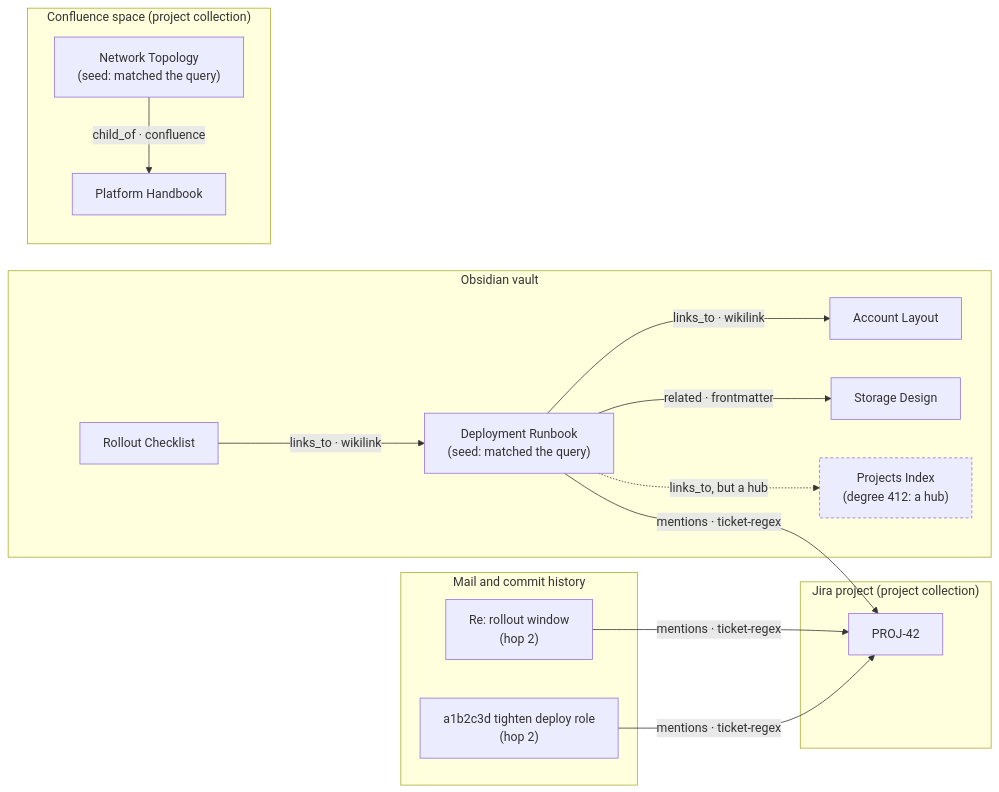
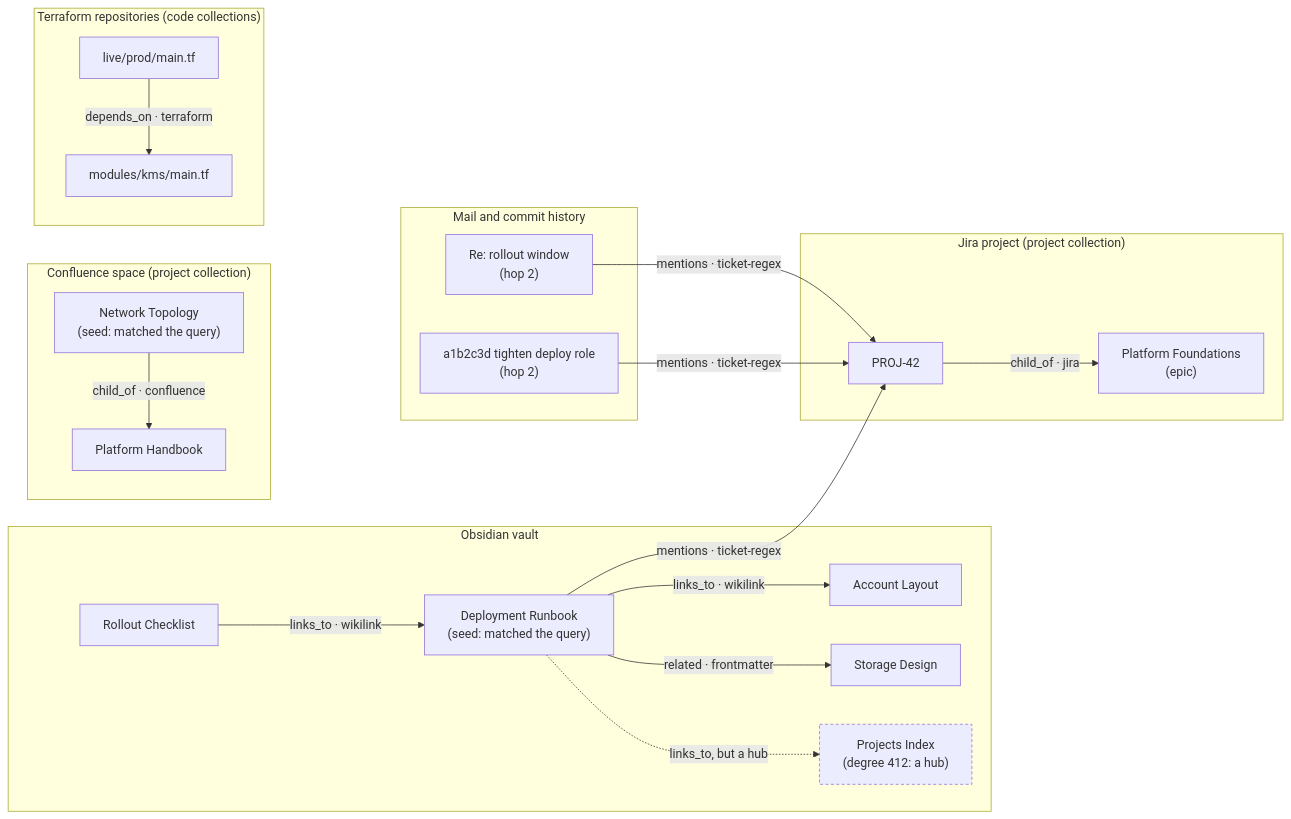
Before and after one commit to sebastianhutter/local-rag: the second of 2 diagrams in docs/relation-graph.md, drawn with Mermaid. The commit also changed other lines of this file and 12 other files, not shown here.

````diff
--- a/docs/relation-graph.md
+++ b/docs/relation-graph.md
@@ -205,36 +239,44 @@
 ```mermaid
 flowchart LR
     subgraph vault["Obsidian vault"]
         RUN["Deployment Runbook<br/>(seed: matched the query)"]
         ACC["Account Layout"]
         STO["Storage Design"]
         CHK["Rollout Checklist"]
         IDX["Projects Index<br/>(degree 412: a hub)"]
     end
 
     subgraph wiki["Confluence space (project collection)"]
         NET["Network Topology<br/>(seed: matched the query)"]
         HAND["Platform Handbook"]
     end
 
     subgraph tracker["Jira project (project collection)"]
         P42["PROJ-42"]
+        EPIC["Platform Foundations<br/>(epic)"]
+    end
+
+    subgraph infra["Terraform repositories (code collections)"]
+        ROOT["live/prod/main.tf"]
+        MOD["modules/kms/main.tf"]
     end
 
     subgraph elsewhere["Mail and commit history"]
         MAIL["Re: rollout window<br/>(hop 2)"]
         CMT["a1b2c3d tighten deploy role<br/>(hop 2)"]
     end
 
     RUN -->|"links_to · wikilink"| ACC
     RUN -->|"related · frontmatter"| STO
     CHK -->|"links_to · wikilink"| RUN
     RUN -->|"mentions · ticket-regex"| P42
     NET -->|"child_of · confluence"| HAND
     MAIL -->|"mentions · ticket-regex"| P42
     CMT -->|"mentions · ticket-regex"| P42
     RUN -.->|"links_to, but a hub"| IDX
+    P42 -->|"child_of · jira"| EPIC
+    ROOT -->|"depends_on · terraform"| MOD
 
     classDef hub stroke-dasharray: 4 3
     class IDX hub
 ```
````
